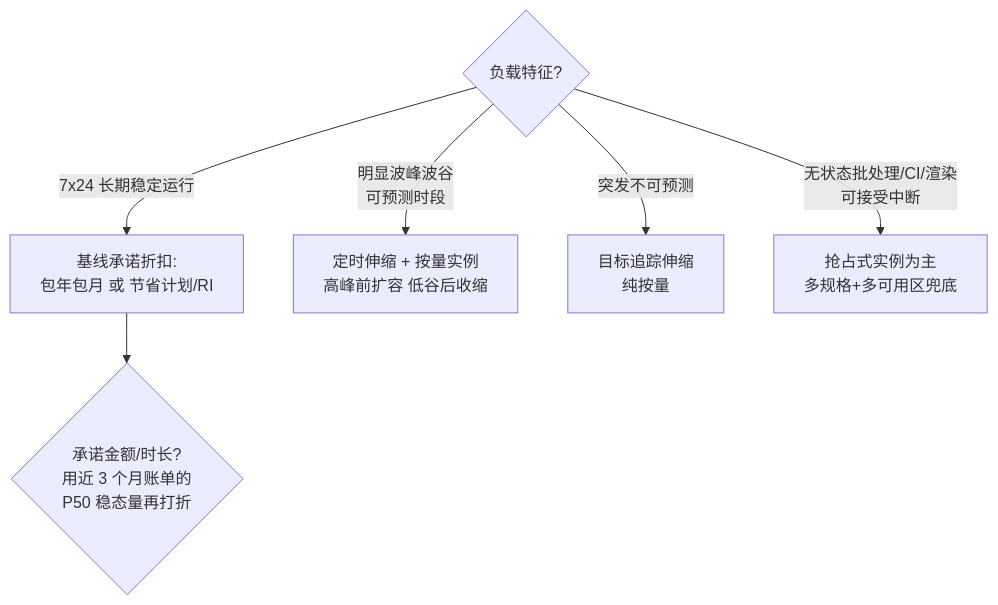
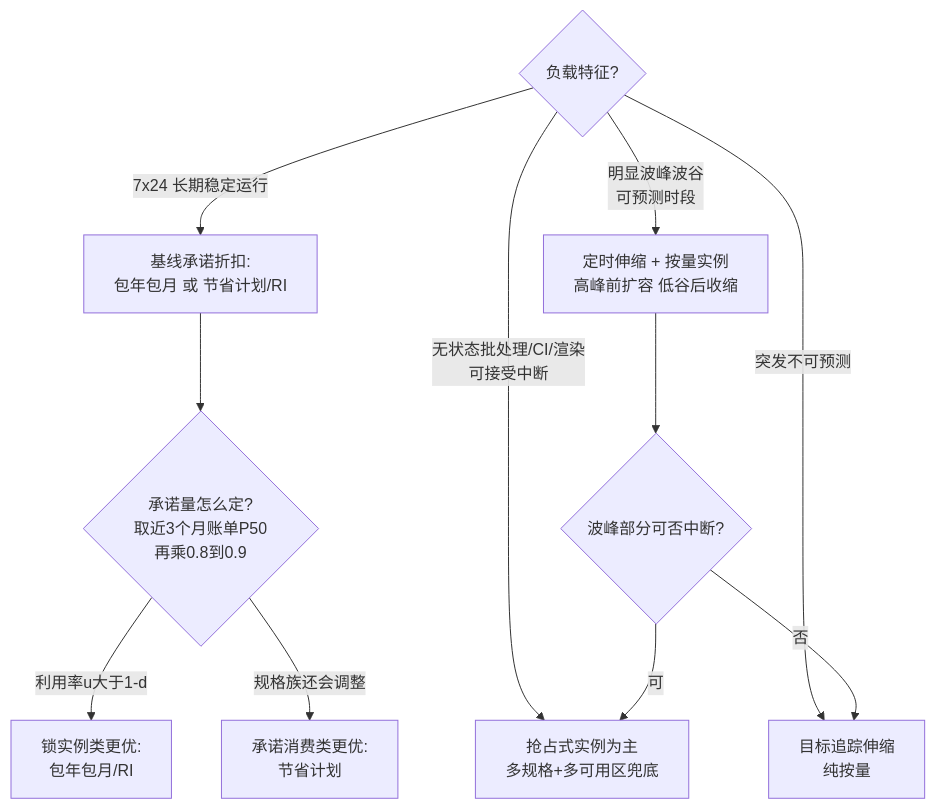
Before and after one commit to shuifans/cloud-ai-knowledge-base: the fourth of 6 diagrams in docs/cloud/infra/compute.md, drawn with Mermaid. The commit also changed other lines of this file and 294 other files, not shown here.

First line of the commit message:
更新: 全站 35 篇文章对标 speech-gen 全面升级（深度/配图/引用/决策图）

````diff
--- a/docs/cloud/infra/compute.md
+++ b/docs/cloud/infra/compute.md
@@ -86,8 +219,13 @@
 ```mermaid
 flowchart TD
   A{负载特征?} -->|7x24 长期稳定运行| B[基线承诺折扣:<br/>包年包月 或 节省计划/RI]
   A -->|明显波峰波谷<br/>可预测时段| C[定时伸缩 + 按量实例<br/>高峰前扩容 低谷后收缩]
   A -->|突发不可预测| D[目标追踪伸缩<br/>纯按量]
   A -->|无状态批处理/CI/渲染<br/>可接受中断| E[抢占式实例为主<br/>多规格+多可用区兜底]
-  B --> F{承诺金额/时长?<br/>用近 3 个月账单的<br/>P50 稳态量再打折}
+  B --> F{承诺量怎么定?<br/>取近3个月账单P50<br/>再乘0.8到0.9}
+  F -->|利用率u大于1-d| G[锁实例类更优:<br/>包年包月/RI]
+  F -->|规格族还会调整| H[承诺消费类更优:<br/>节省计划]
+  C --> I{波峰部分可否中断?}
+  I -->|可| E
+  I -->|否| D
 ```
````
